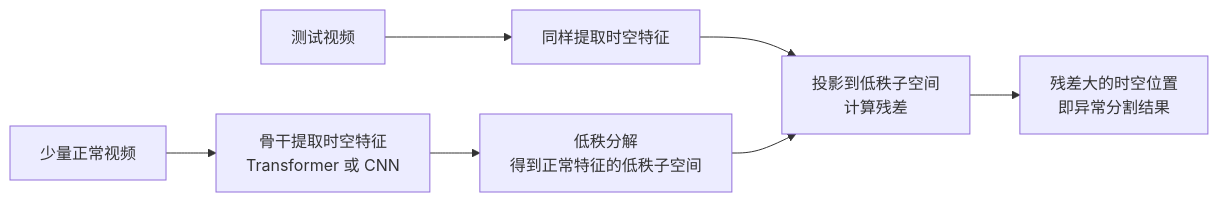
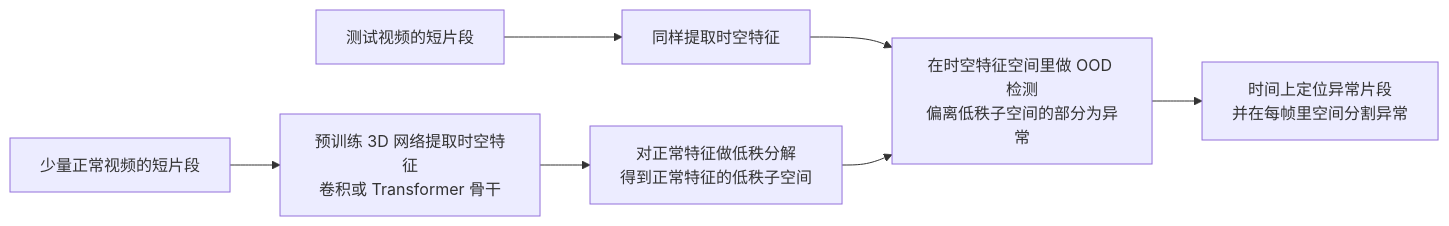
The diagram in docs/0765_paper_FUVAS.md (junxnone/aiwiki), drawn with Mermaid before and after one commit. The commit also changed other lines of this file and 1 other file, not shown here.

````diff
--- a/docs/0765_paper_FUVAS.md
+++ b/docs/0765_paper_FUVAS.md
@@ -21,9 +20,9 @@
 ```mermaid
 graph LR
-    V["少量正常视频"] --> F["骨干提取时空特征<br/>Transformer 或 CNN"]
-    F --> L["低秩分解<br/>得到正常特征的低秩子空间"]
-    T["测试视频"] --> E["同样提取时空特征"]
-    E --> R["投影到低秩子空间<br/>计算残差"]
+    V["少量正常视频的短片段"] --> F["预训练 3D 网络提取时空特征<br/>卷积或 Transformer 骨干"]
+    F --> L["对正常特征做低秩分解<br/>得到正常特征的低秩子空间"]
+    T["测试视频的短片段"] --> E["同样提取时空特征"]
+    E --> R["在时空特征空间里做 OOD 检测<br/>偏离低秩子空间的部分为异常"]
     L --> R
-    R --> S["残差大的时空位置<br/>即异常分割结果"]
+    R --> S["时间上定位异常片段<br/>并在每帧里空间分割异常"]
 ```
````
